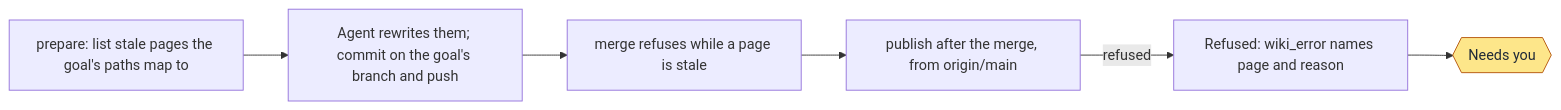
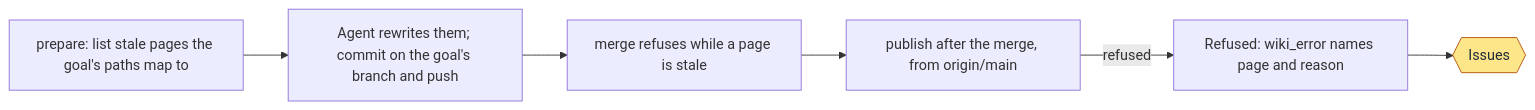
The fifth of 6 diagrams in skills/workflow-release/references/commands.md (jcl2018/agent-workflow-template), drawn with Mermaid before and after one commit. The commit also changed other lines of this file and 31 other files, not shown here.

````diff
--- a/skills/workflow-release/references/commands.md
+++ b/skills/workflow-release/references/commands.md
@@ -136,16 +136,16 @@
 ```mermaid
 flowchart LR
   a["prepare: list stale pages the goal's paths map to"]
   b["Agent rewrites them; commit on the goal's branch and push"]
   c["merge refuses while a page is stale"]
   d["publish after the merge, from origin/main"]
   e["Refused: wiki_error names page and reason"]
-  f{{"Needs you"}}
+  f{{"Issues"}}
   a --> b
   b --> c
   c --> d
   d -->|refused| e
   e --> f
   classDef owner fill:#fde68a,stroke:#b45309,color:#1f2937
   class f owner
 ```
````
